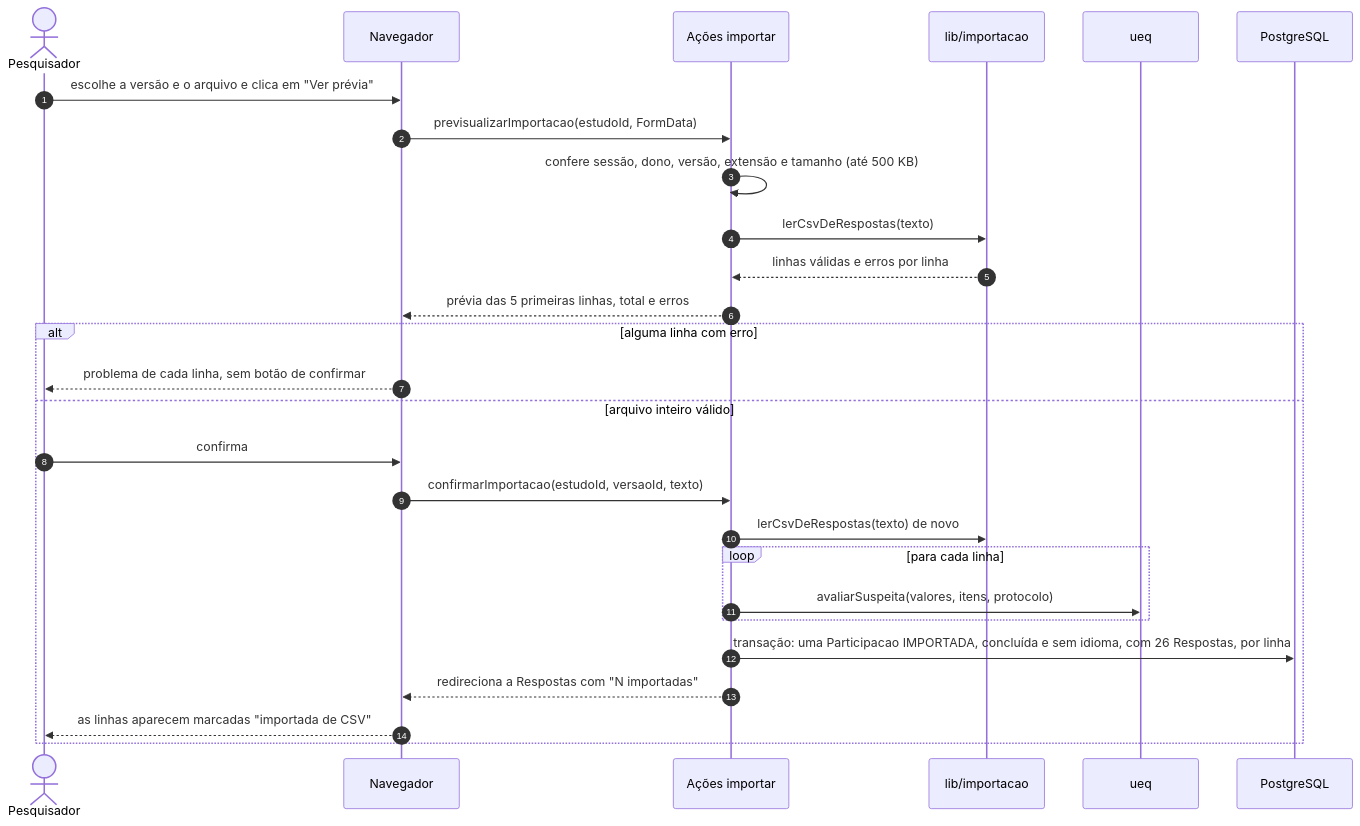
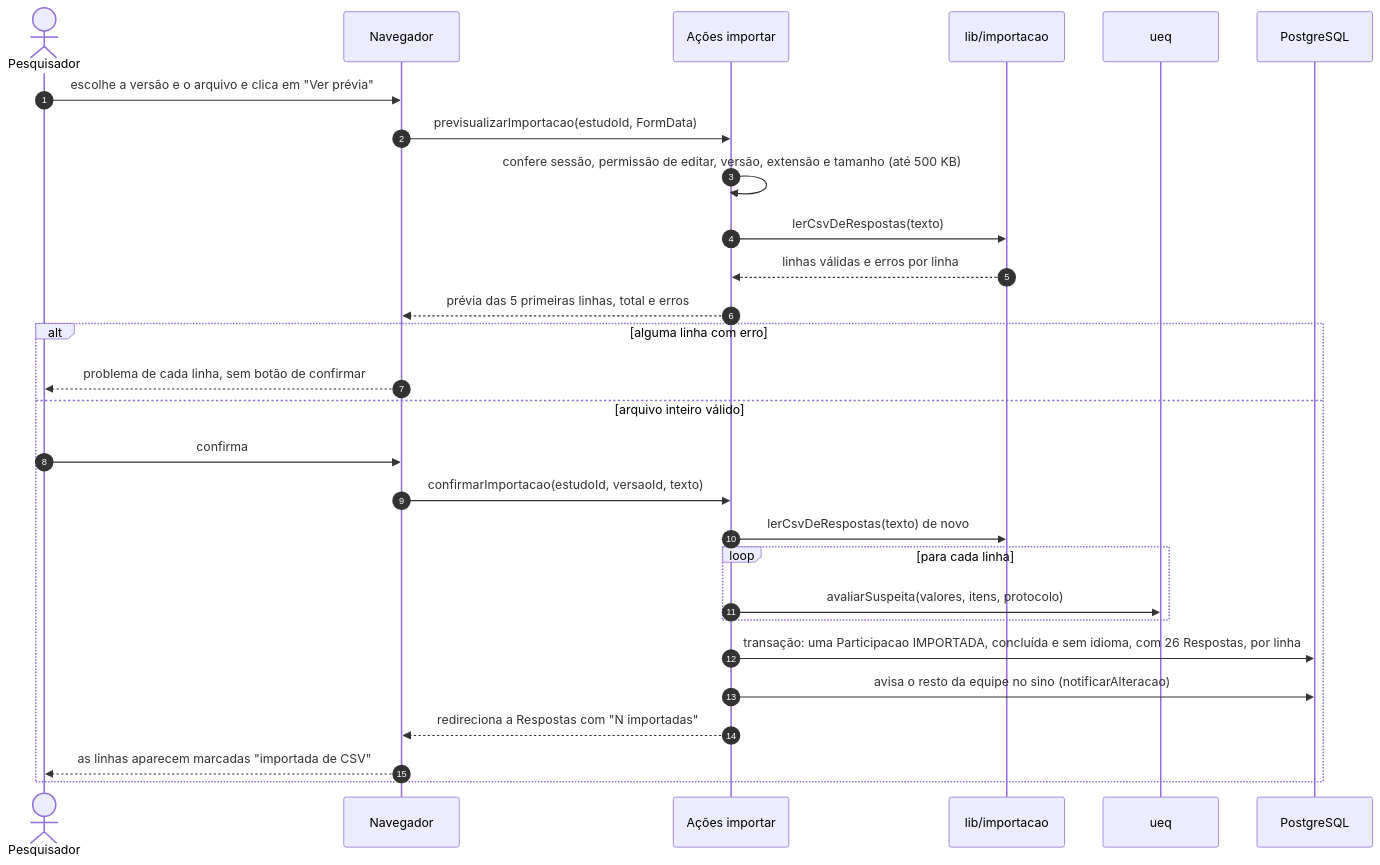
The sixth of 8 diagrams in docs/documentacao/diagramas-de-sequencia.md (gabrielfjm/ueq_form_ihc), drawn with Mermaid before and after one commit. The commit also changed other lines of this file and 54 other files, not shown here.

````diff
--- a/docs/documentacao/diagramas-de-sequencia.md
+++ b/docs/documentacao/diagramas-de-sequencia.md
@@ -242,30 +272,31 @@
 ```mermaid
 sequenceDiagram
     autonumber
     actor Pesq as Pesquisador
     participant Nav as Navegador
     participant Acao as Ações importar
     participant Imp as lib/importacao
     participant Ueq as ueq
     participant BD as PostgreSQL
 
     Pesq->>Nav: escolhe a versão e o arquivo e clica em "Ver prévia"
     Nav->>Acao: previsualizarImportacao(estudoId, FormData)
-    Acao->>Acao: confere sessão, dono, versão, extensão e tamanho (até 500 KB)
+    Acao->>Acao: confere sessão, permissão de editar, versão, extensão e tamanho (até 500 KB)
     Acao->>Imp: lerCsvDeRespostas(texto)
     Imp-->>Acao: linhas válidas e erros por linha
     Acao-->>Nav: prévia das 5 primeiras linhas, total e erros
     alt alguma linha com erro
         Nav-->>Pesq: problema de cada linha, sem botão de confirmar
     else arquivo inteiro válido
         Pesq->>Nav: confirma
         Nav->>Acao: confirmarImportacao(estudoId, versaoId, texto)
         Acao->>Imp: lerCsvDeRespostas(texto) de novo
         loop para cada linha
             Acao->>Ueq: avaliarSuspeita(valores, itens, protocolo)
         end
         Acao->>BD: transação: uma Participacao IMPORTADA, concluída e sem idioma, com 26 Respostas, por linha
+        Acao->>BD: avisa o resto da equipe no sino (notificarAlteracao)
         Acao-->>Nav: redireciona a Respostas com "N importadas"
         Nav-->>Pesq: as linhas aparecem marcadas "importada de CSV"
     end
 ```
````
